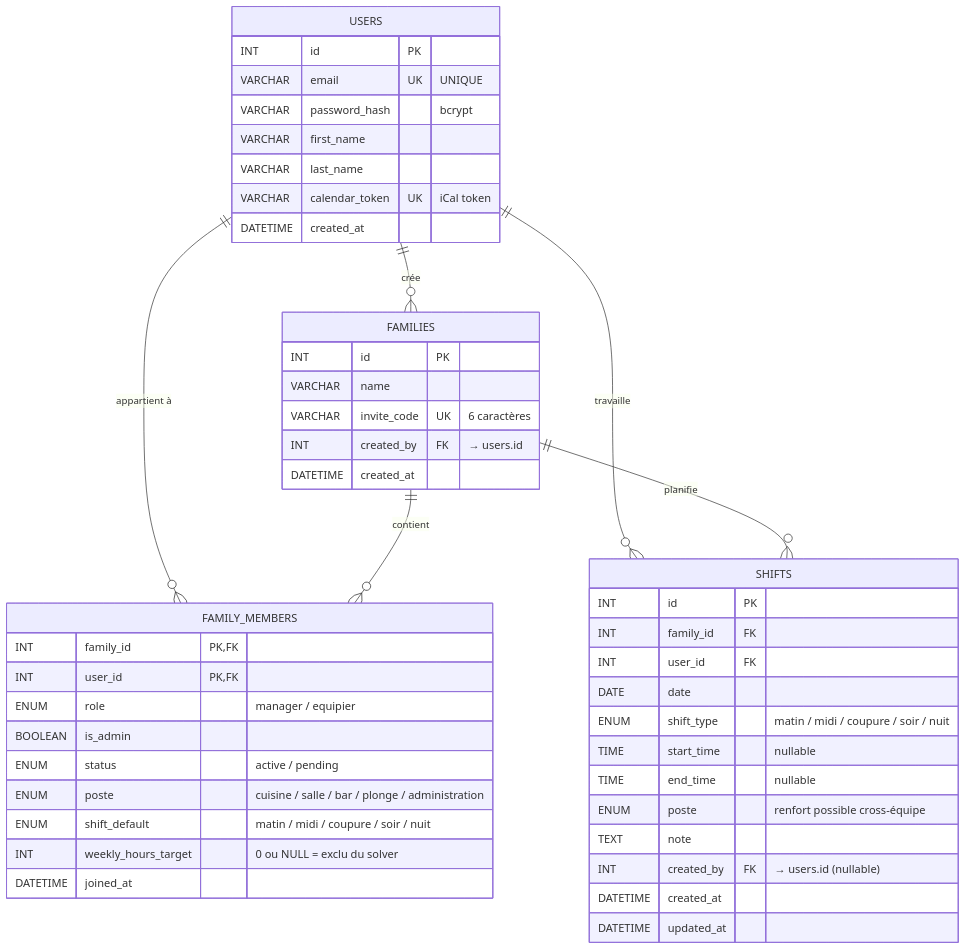
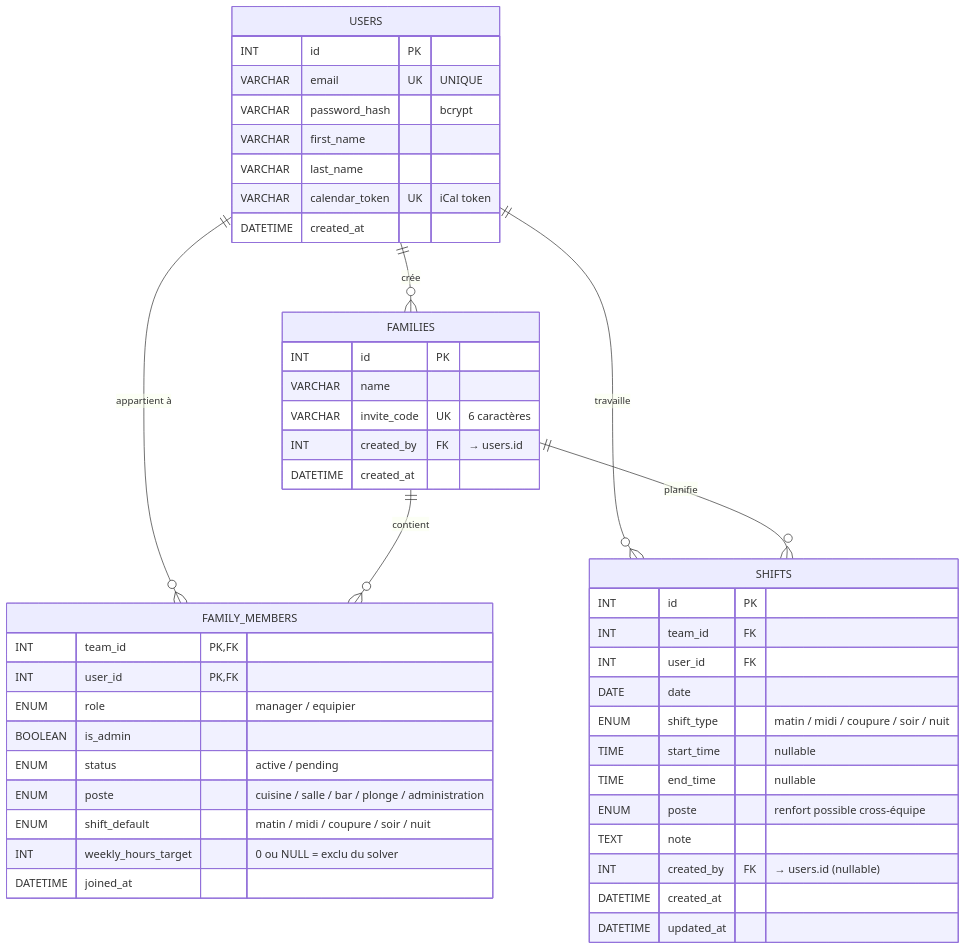
One commit to Vladimir08880888/rodzaevskiy-vladimir-dossiers-pros-DWWM changed the diagram in code/crew/annexes/SCHEMA_BDD.md. Above: the diagram before and after it, drawn with Mermaid. The commit also changed other lines of this file and 85 other files, not shown here.

````diff
--- a/code/crew/annexes/SCHEMA_BDD.md
+++ b/code/crew/annexes/SCHEMA_BDD.md
@@ -8,53 +8,53 @@
 ```mermaid
 erDiagram
     USERS ||--o{ FAMILY_MEMBERS : "appartient à"
     USERS ||--o{ SHIFTS : "travaille"
     USERS ||--o{ FAMILIES : "crée"
     FAMILIES ||--o{ FAMILY_MEMBERS : "contient"
     FAMILIES ||--o{ SHIFTS : "planifie"
 
     USERS {
         INT id PK
         VARCHAR email UK "UNIQUE"
         VARCHAR password_hash "bcrypt"
         VARCHAR first_name
         VARCHAR last_name
         VARCHAR calendar_token UK "iCal token"
         DATETIME created_at
     }
 
     FAMILIES {
         INT id PK
         VARCHAR name
         VARCHAR invite_code UK "6 caractères"
         INT created_by FK "→ users.id"
         DATETIME created_at
     }
 
     FAMILY_MEMBERS {
-        INT family_id PK,FK
+        INT team_id PK,FK
         INT user_id PK,FK
         ENUM role "manager / equipier"
         BOOLEAN is_admin
         ENUM status "active / pending"
         ENUM poste "cuisine / salle / bar / plonge / administration"
         ENUM shift_default "matin / midi / coupure / soir / nuit"
         INT weekly_hours_target "0 ou NULL = exclu du solver"
         DATETIME joined_at
     }
 
     SHIFTS {
         INT id PK
-        INT family_id FK
+        INT team_id FK
         INT user_id FK
         DATE date
         ENUM shift_type "matin / midi / coupure / soir / nuit"
         TIME start_time "nullable"
         TIME end_time "nullable"
         ENUM poste "renfort possible cross-équipe"
         TEXT note
         INT created_by FK "→ users.id (nullable)"
         DATETIME created_at
         DATETIME updated_at
     }
 ```
````
